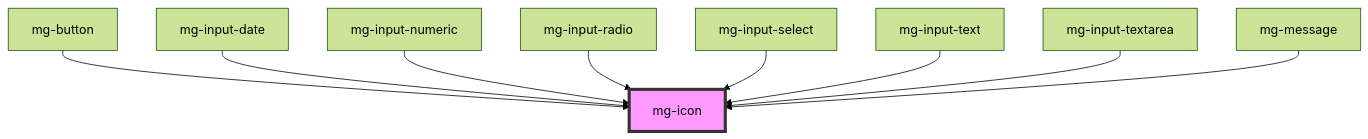
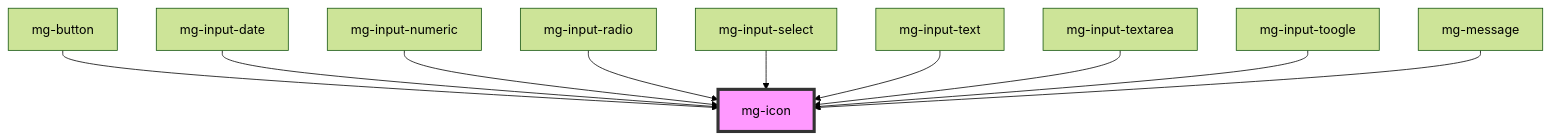
The diagram in src/components/atoms/mg-icon/readme.md (MGDIS/mg-components), drawn with Mermaid (forest theme) before and after one commit. The commit also changed other lines of this file and 14 other files, not shown here.

First line of the commit message:
feat(mgToogle): add mg-input-toogle component

````diff
--- a/src/components/atoms/mg-icon/readme.md
+++ b/src/components/atoms/mg-icon/readme.md
@@ -28,12 +29,13 @@
 ```mermaid
 graph TD;
   mg-button --> mg-icon
   mg-input-date --> mg-icon
   mg-input-numeric --> mg-icon
   mg-input-radio --> mg-icon
   mg-input-select --> mg-icon
   mg-input-text --> mg-icon
   mg-input-textarea --> mg-icon
+  mg-input-toogle --> mg-icon
   mg-message --> mg-icon
   style mg-icon fill:#f9f,stroke:#333,stroke-width:4px
 ```
````
